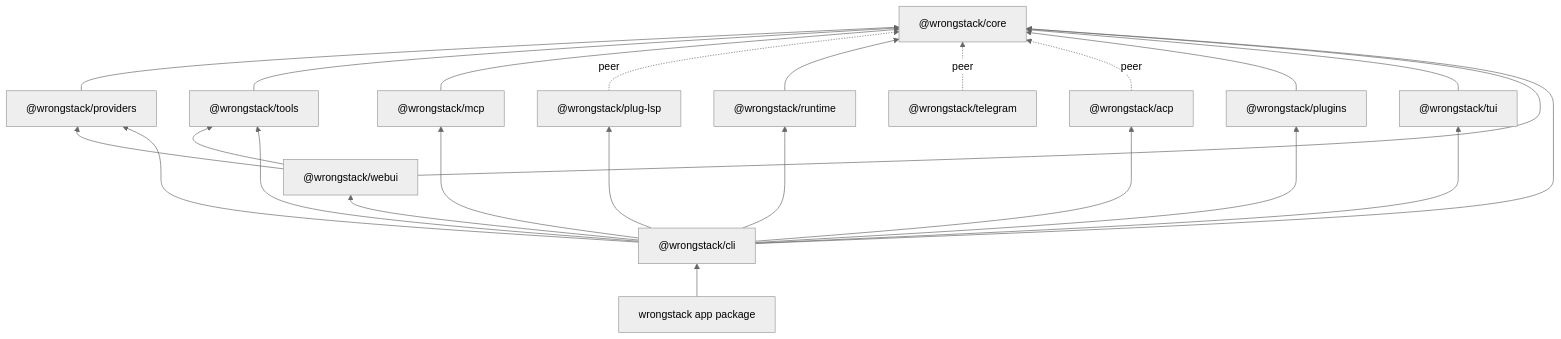
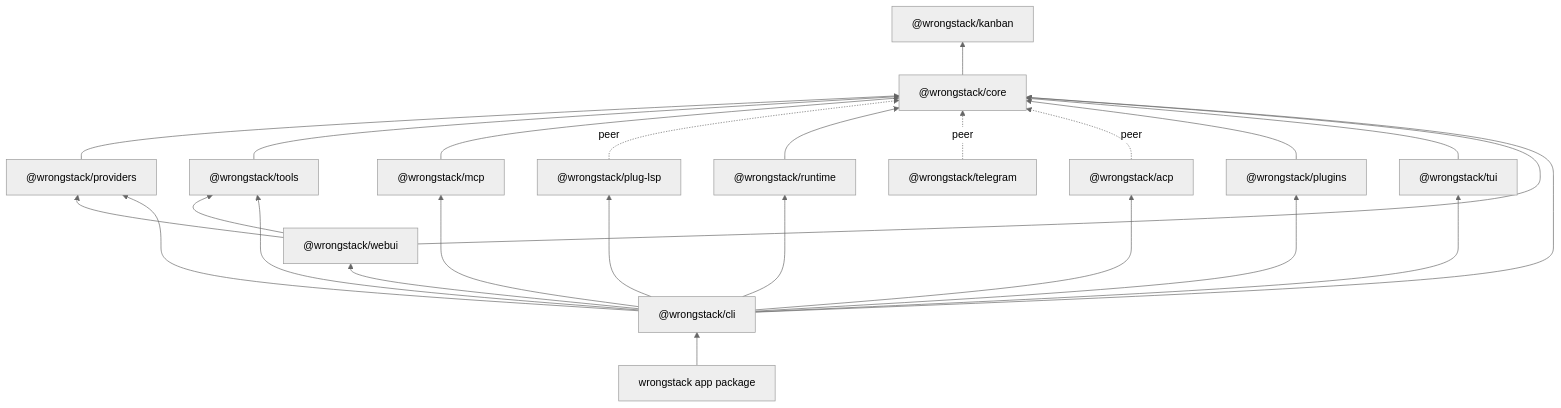
Before and after one commit to HoneyAdam/WrongStack: the second of 22 diagrams in ARCHITECTURE.md, drawn with Mermaid (neutral theme). The commit also changed other lines of this file and 73 other files, not shown here.

````diff
--- a/ARCHITECTURE.md
+++ b/ARCHITECTURE.md
@@ -108,40 +120,42 @@
 ```mermaid
 flowchart BT
+  Kanban["@wrongstack/kanban"]
   Core["@wrongstack/core"]
   Providers["@wrongstack/providers"]
   Tools["@wrongstack/tools"]
   MCP["@wrongstack/mcp"]
   LSP["@wrongstack/plug-lsp"]
   Runtime["@wrongstack/runtime"]
   Telegram["@wrongstack/telegram"]
   ACP["@wrongstack/acp"]
   Plugins["@wrongstack/plugins"]
   CLI["@wrongstack/cli"]
   TUI["@wrongstack/tui"]
   WebUI["@wrongstack/webui"]
   App["wrongstack app package"]
 
+  Core --> Kanban
   Providers --> Core
   Tools --> Core
   MCP --> Core
   LSP -. peer .-> Core
   Runtime --> Core
   Telegram -. peer .-> Core
   ACP -. peer .-> Core
   Plugins --> Core
   TUI --> Core
   WebUI --> Core
   WebUI --> Providers
   WebUI --> Tools
   CLI --> Core
   CLI --> Providers
   CLI --> Tools
   CLI --> MCP
   CLI --> LSP
   CLI --> Runtime
   CLI --> TUI
   CLI --> WebUI
   CLI --> ACP
   CLI --> Plugins
   App --> CLI
 ```
````
